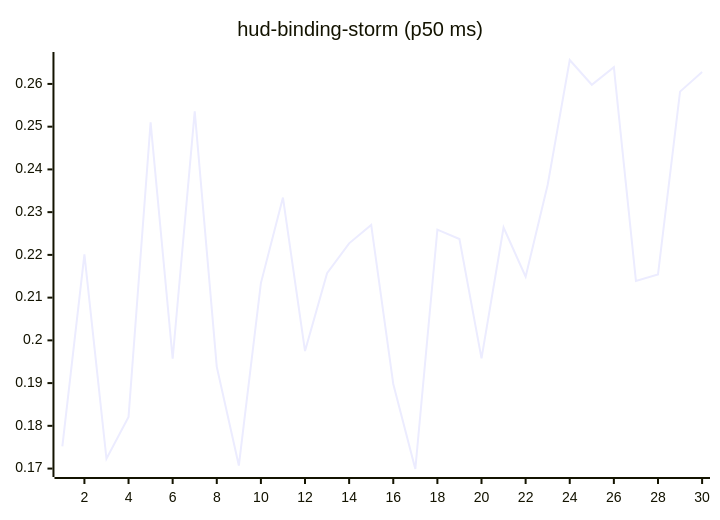
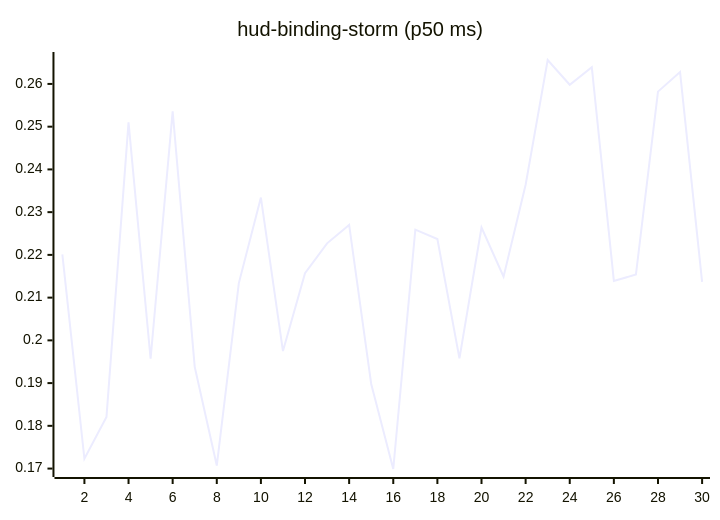
Before and after one commit to josha/Facet: the tenth of 27 diagrams in README.md, drawn with Mermaid. The commit also changed other lines of this file and 2 other files, not shown here.

````diff
--- a/README.md
+++ b/README.md
@@ -126,6 +126,6 @@
 ```mermaid
 xychart-beta
     title "hud-binding-storm (p50 ms)"
     x-axis 1 --> 30
-    line [0.1752, 0.2201, 0.1723, 0.1821, 0.2510, 0.1957, 0.2536, 0.1938, 0.1707, 0.2134, 0.2334, 0.1975, 0.2157, 0.2227, 0.2270, 0.1898, 0.1699, 0.2259, 0.2237, 0.1958, 0.2264, 0.2149, 0.2364, 0.2656, 0.2598, 0.2639, 0.2139, 0.2154, 0.2582, 0.2628]
+    line [0.2201, 0.1723, 0.1821, 0.2510, 0.1957, 0.2536, 0.1938, 0.1707, 0.2134, 0.2334, 0.1975, 0.2157, 0.2227, 0.2270, 0.1898, 0.1699, 0.2259, 0.2237, 0.1958, 0.2264, 0.2149, 0.2364, 0.2656, 0.2598, 0.2639, 0.2139, 0.2154, 0.2582, 0.2628, 0.2137]
 ```
````
